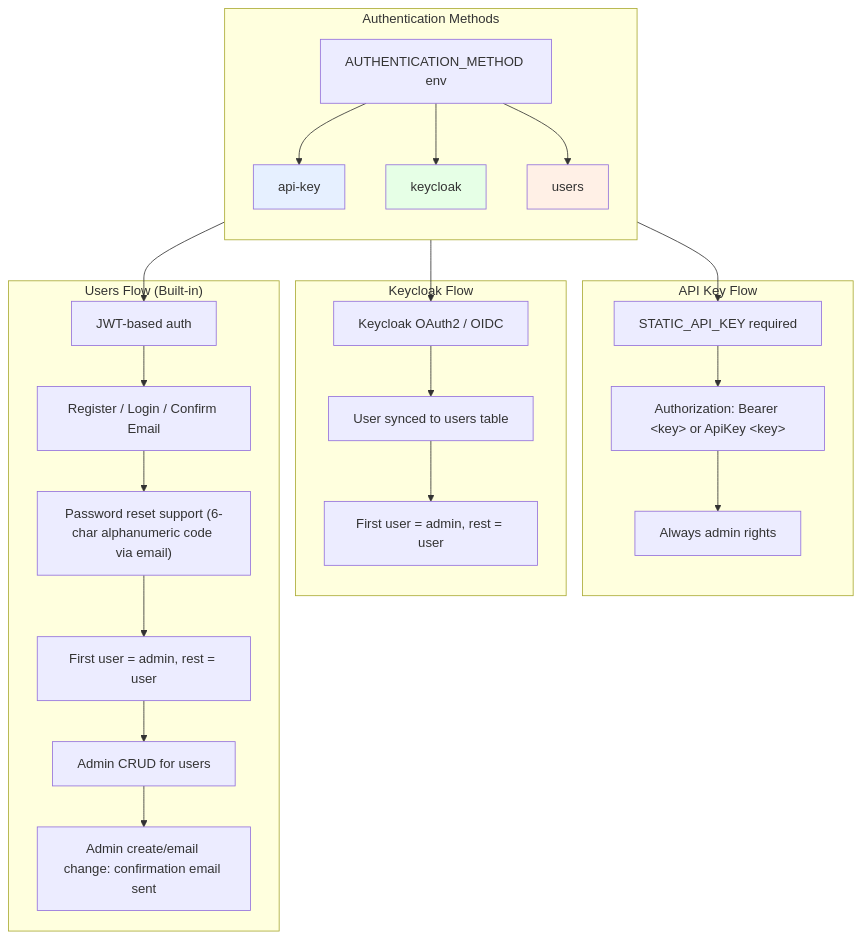
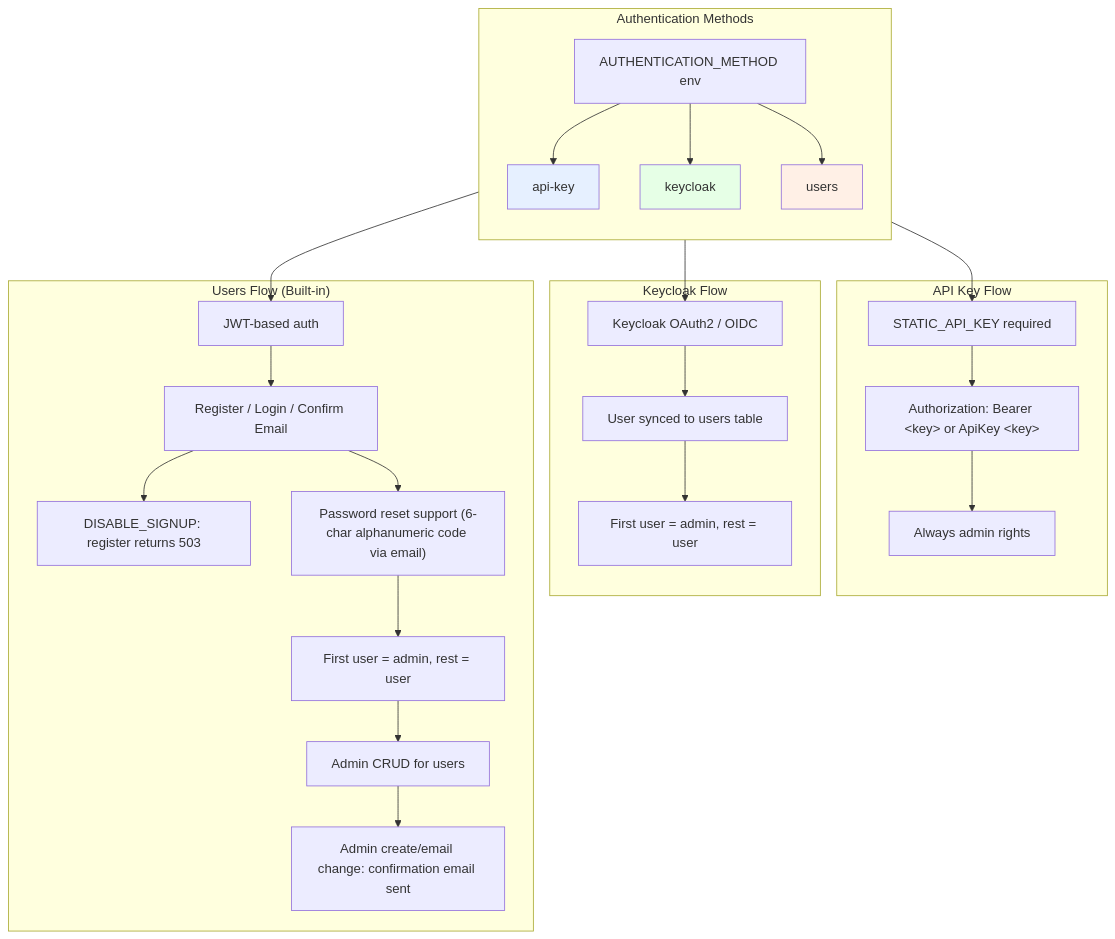
The diagram in libs/domains/framework/backend/feature-agent-controller/docs/authentication.mmd (forepath/agenstra), drawn with Mermaid before and after one commit. The commit also changed 18 other files, not shown here.

```diff
--- a/libs/domains/framework/backend/feature-agent-controller/docs/authentication.mmd
+++ b/libs/domains/framework/backend/feature-agent-controller/docs/authentication.mmd
@@ -1,33 +1,34 @@
 flowchart TB
     subgraph AUTH["Authentication Methods"]
         direction TB
         AUTH_METHOD["AUTHENTICATION_METHOD env"]
         AUTH_METHOD --> API_KEY["api-key"]
         AUTH_METHOD --> KEYCLOAK["keycloak"]
         AUTH_METHOD --> USERS["users"]
     end
 
     subgraph API_KEY_FLOW["API Key Flow"]
         API_KEY --> AK1["STATIC_API_KEY required"]
         AK1 --> AK2["Authorization: Bearer &lt;key&gt; or ApiKey &lt;key&gt;"]
         AK2 --> AK3["Always admin rights"]
     end
 
     subgraph KEYCLOAK_FLOW["Keycloak Flow"]
         KEYCLOAK --> KC1["Keycloak OAuth2 / OIDC"]
         KC1 --> KC2["User synced to users table"]
         KC2 --> KC3["First user = admin, rest = user"]
     end
 
     subgraph USERS_FLOW["Users Flow (Built-in)"]
         USERS --> UF1["JWT-based auth"]
         UF1 --> UF2["Register / Login / Confirm Email"]
+        UF2 --> UF2a["DISABLE_SIGNUP: register returns 503"]
         UF2 --> UF3["Password reset support (6-char alphanumeric code via email)"]
         UF3 --> UF4["First user = admin, rest = user"]
         UF4 --> UF5["Admin CRUD for users"]
         UF5 --> UF6["Admin create/email change: confirmation email sent"]
     end
 
     style API_KEY fill:#e6f0ff
     style KEYCLOAK fill:#e6ffe6
     style USERS fill:#fff0e6
```
